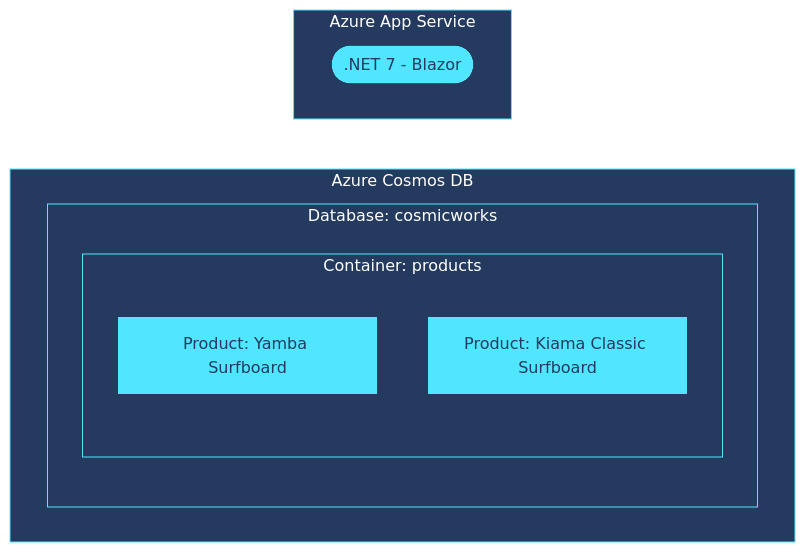
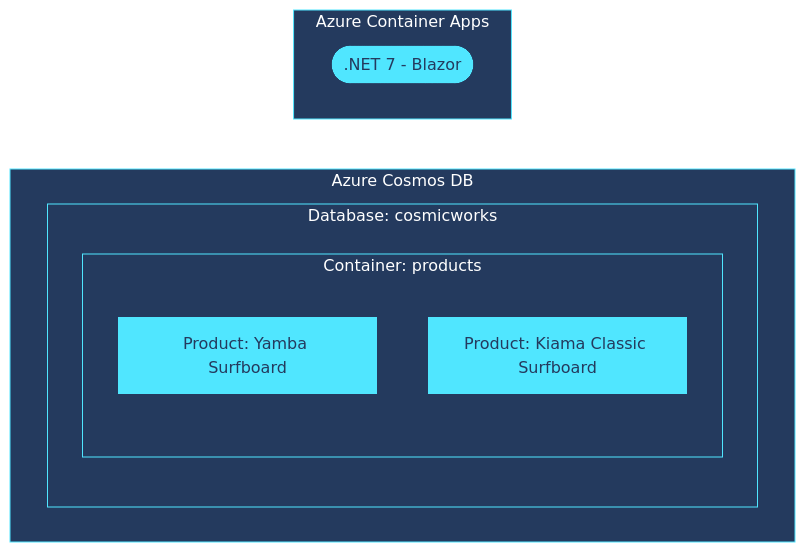
The diagram in readme.md (Azure-Samples/cosmos-db-nosql-dotnet-quickstart), drawn with Mermaid before and after one commit. The commit also changed other lines of this file and 18 other files, not shown here.

````diff
--- a/readme.md
+++ b/readme.md
@@ -48,16 +50,16 @@
 ```mermaid
 %%{ init: { 'theme': 'base', 'themeVariables': { 'background': '#243A5E', 'primaryColor': '#50E6FF', 'primaryBorderColor': '#243A5E', 'tertiaryBorderColor': '#50E6FF', 'tertiaryColor': '#243A5E', 'fontFamily': 'Segoe UI', 'lineColor': '#FFFFFF', 'primaryTextColor': '#243A5E', 'tertiaryTextColor': '#FFFFFF' } }}%%
 flowchart TB
-    subgraph app-service[Azure App Service]
+    subgraph web-app[Azure Container Apps]
         app-framework([.NET 7 - Blazor])
     end
     subgraph cosmos-db[Azure Cosmos DB]
         subgraph database-cosmicworks[Database: cosmicworks]
             subgraph container-products[Container: products]
                 prd-yamba[Product: Yamba Surfboard]
                 prd-kiama-classic[Product: Kiama Classic Surfboard]
             end
         end
     end
-    app-service --> cosmos-db
+    web-app --> cosmos-db
 ```
````
